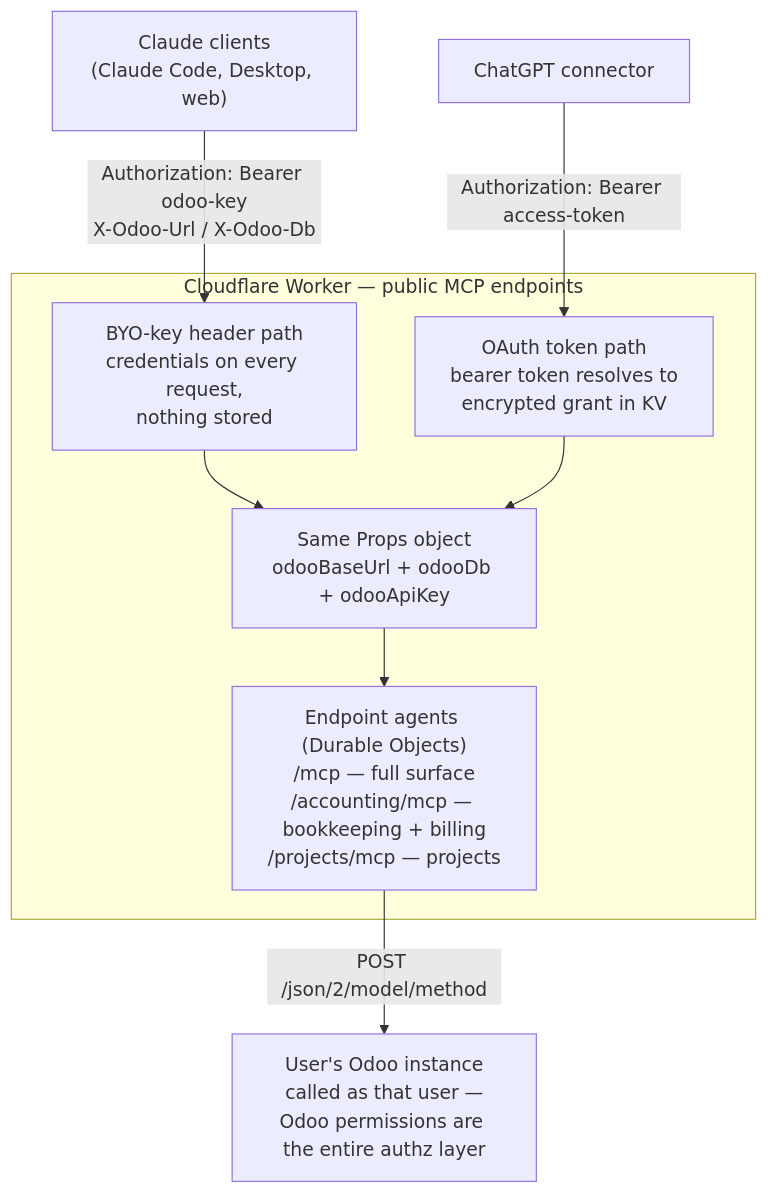
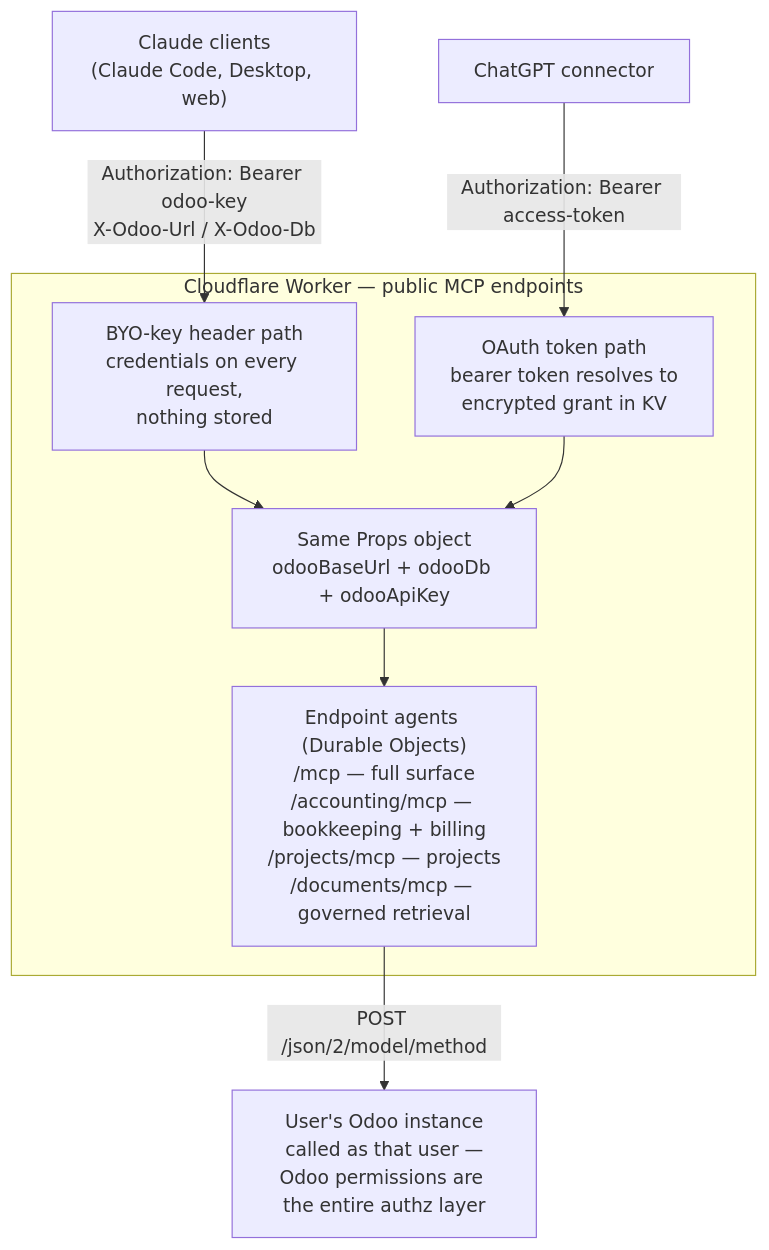
One commit to unstaticlabs/odoo-mcp changed the first of 2 diagrams in docs/product/auth.md. Above: the diagram before and after it, drawn with Mermaid. The commit also changed other lines of this file and 10 other files, not shown here.

First line of the commit message:
feat(documents): add permission-scoped MCP surface

````diff
--- a/docs/product/auth.md
+++ b/docs/product/auth.md
@@ -25,21 +25,21 @@
 ```mermaid
 flowchart TB
     claude["Claude clients<br/>(Claude Code, Desktop, web)"]
     chatgpt["ChatGPT connector"]
 
     subgraph worker["Cloudflare Worker — public MCP endpoints"]
         header["BYO-key header path<br/>credentials on every request,<br/>nothing stored"]
         oauth["OAuth token path<br/>bearer token resolves to<br/>encrypted grant in KV"]
         props["Same Props object<br/>odooBaseUrl + odooDb + odooApiKey"]
-        agent["Endpoint agents (Durable Objects)<br/>/mcp — full surface<br/>/accounting/mcp — bookkeeping + billing<br/>/projects/mcp — projects"]
+        agent["Endpoint agents (Durable Objects)<br/>/mcp — full surface<br/>/accounting/mcp — bookkeeping + billing<br/>/projects/mcp — projects<br/>/documents/mcp — governed retrieval"]
     end
 
     odoo["User's Odoo instance<br/>called as that user —<br/>Odoo permissions are the entire authz layer"]
 
     claude -->|"Authorization: Bearer odoo-key<br/>X-Odoo-Url / X-Odoo-Db"| header
     chatgpt -->|"Authorization: Bearer access-token"| oauth
     header --> props
     oauth --> props
     props --> agent
     agent -->|"POST /json/2/model/method"| odoo
 ```
````
